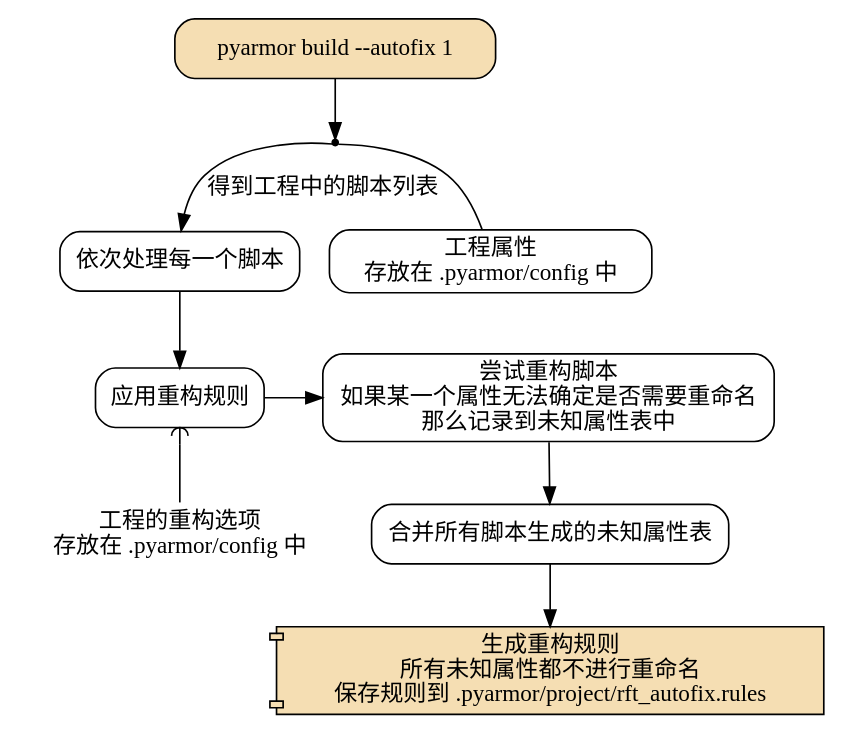
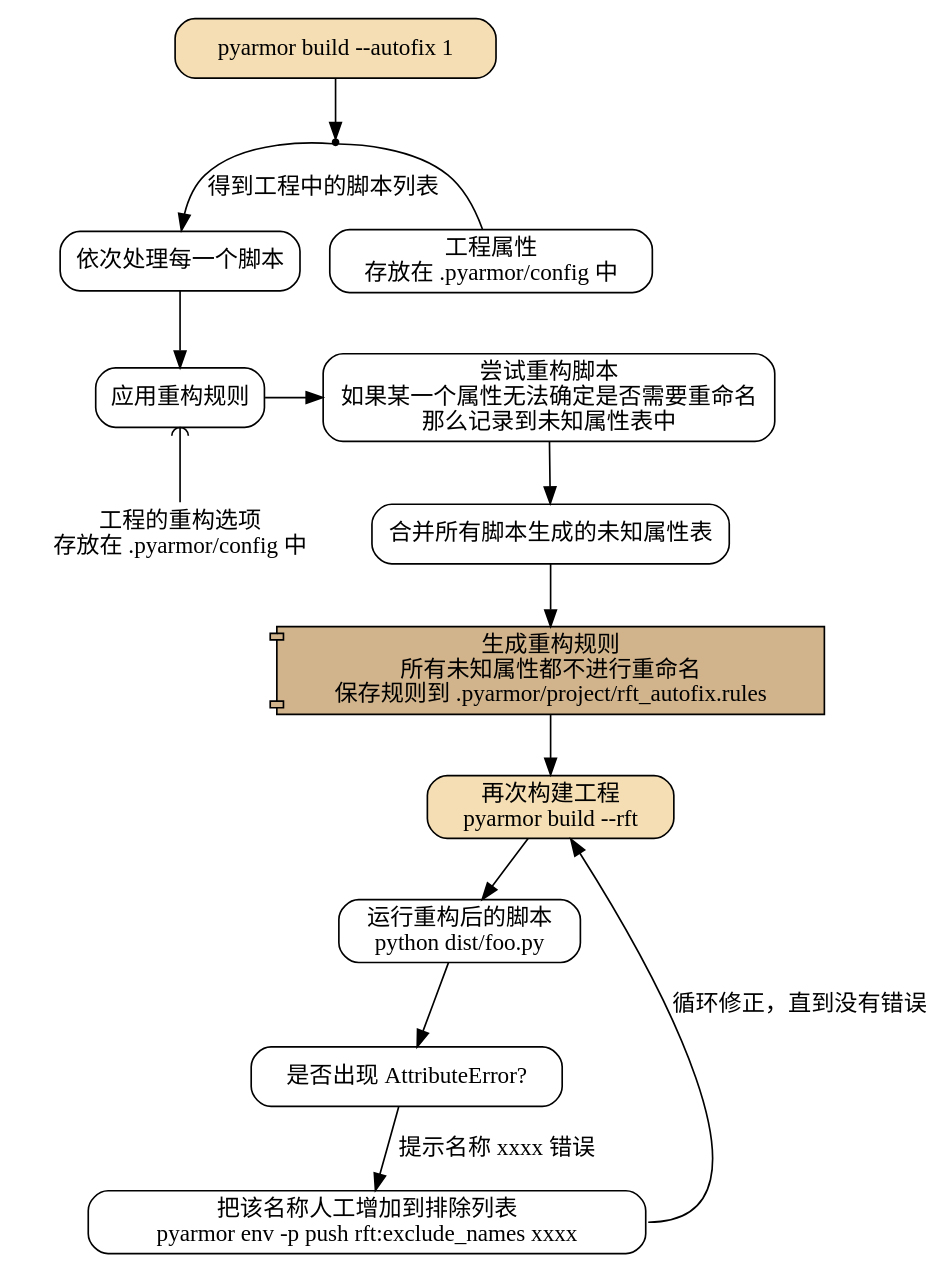
Before and after one commit to dashingsoft/dashingsoft.github.io: the seventh of 10 diagrams in pyarmor/learn/zh/commands.rst, drawn with Graphviz. The commit also changed other lines of this file, not shown here.

Commit message:
Redesign autofix graphs

```diff
--- a/pyarmor/learn/zh/commands.rst
+++ b/pyarmor/learn/zh/commands.rst
@@ -190,38 +190,50 @@
 .. graphviz::
-   :caption: 自动修正模式一重构复杂脚本
+   :caption: 重构复杂脚本自动修正模式一
    :align: center
    :name: g-project-rft-autofix-1
 
    digraph G {
       node [shape=box, style=rounded, target="_top"]
 
       build [label="pyarmor build --autofix 1"
              style="filled,rounded"
              fillcolor="wheat"]
       join1 [shape=point]
 
       items [label="依次处理每一个脚本"]
 
       conf [label="工程属性\n存放在 .pyarmor/config 中"]
 
       rules [shape=plaintext
              label="工程的重构选项\n存放在 .pyarmor/config 中"]
       autofix [shape=component
                style="filled"
-               fillcolor="wheat"
+               fillcolor="tan"
                label="生成重构规则\n所有未知属性都不进行重命名\n保存规则到 .pyarmor/project/rft_autofix.rules"]
 
       p1 [label="应用重构规则"]
       rft [label="尝试重构脚本\n如果某一个属性无法确定是否需要重命名\n那么记录到未知属性表中"]
 
       loop [label="合并所有脚本生成的未知属性表"]
 
       build -> join1
       join1 -> conf [dir=none]
       join1 -> items [label="得到工程中的脚本列表"]
       items -> p1
       rank=same { p1 -> rft }
       p1 -> rules [arrowtail=curve dir=back]
 
       rft -> loop -> autofix
+
+      rebuild [style="filled,rounded"
+               fillcolor="wheat"
+               label="再次构建工程\npyarmor build --rft"]
+      test [label="运行重构后的脚本\npython dist/foo.py"]
+      fb [label="是否出现 AttributeError?"]
+      f2 [label="把该名称人工增加到排除列表\npyarmor env -p push rft:exclude_names xxxx"]
+
+      autofix -> rebuild -> test -> fb
+
+      fb -> f2 [label="提示名称 xxxx 错误"]
+      f2 -> rebuild [label="循环修正，直到没有错误" headport=3 tailport=e]
    }
```
